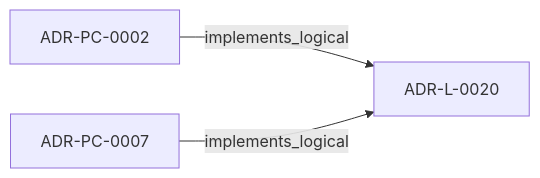
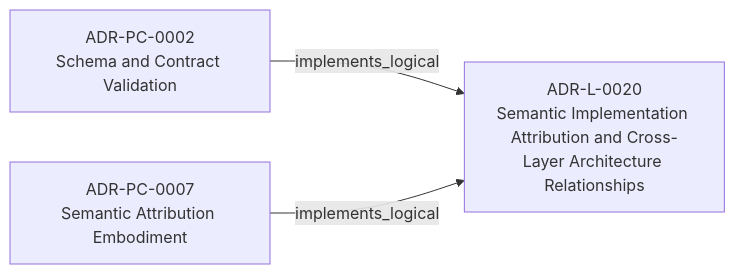
One commit to egallmann/adr-architecture-kit changed the first of 2 diagrams in adrs/adr-projection/logical/ADR-L-0020-semantic-implementation-attribution-and-cross-layer-architecture-relationships.md. Above: the diagram before and after it, drawn with Mermaid. The commit also changed other lines of this file and 35 other files, not shown here.

````diff
--- a/adrs/adr-projection/logical/ADR-L-0020-semantic-implementation-attribution-and-cross-layer-architecture-relationships.md
+++ b/adrs/adr-projection/logical/ADR-L-0020-semantic-implementation-attribution-and-cross-layer-architecture-relationships.md
@@ -31,8 +31,8 @@
 ```mermaid
 flowchart LR
-  n_019fee89_e617_7d2b_8325_cd85ff814477["ADR-PC-0002"]
-  n_019ffdba_3c42_70da_b33d_efc003269c42["ADR-PC-0007"]
-  n_019ffdba_3c42_7c4a_a737_f6751a265d60["ADR-L-0020"]
+  n_019fee89_e617_7d2b_8325_cd85ff814477["ADR-PC-0002<br/>Schema and Contract Validation"]
+  n_019ffdba_3c42_70da_b33d_efc003269c42["ADR-PC-0007<br/>Semantic Attribution Embodiment"]
+  n_019ffdba_3c42_7c4a_a737_f6751a265d60["ADR-L-0020<br/>Semantic Implementation Attribution and Cross-Layer Architecture Relationships"]
   n_019fee89_e617_7d2b_8325_cd85ff814477 -->|"implements_logical"| n_019ffdba_3c42_7c4a_a737_f6751a265d60
   n_019ffdba_3c42_70da_b33d_efc003269c42 -->|"implements_logical"| n_019ffdba_3c42_7c4a_a737_f6751a265d60
 ```
````
